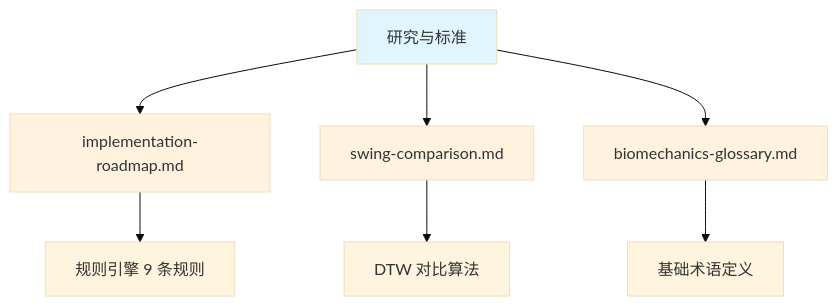
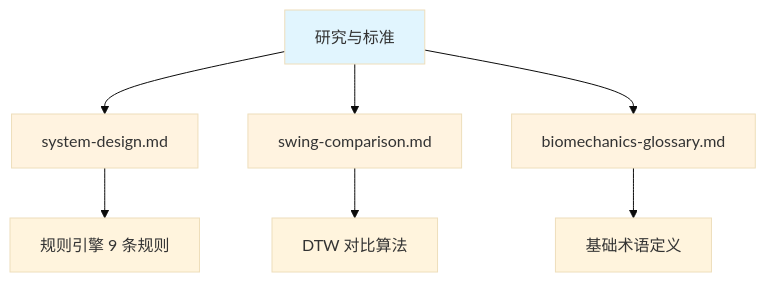
Before and after one commit to movement-chain-ai/movement-chain-docs: the diagram in docs/zh/design/research/index.md, drawn with Mermaid (base theme). The commit also changed other lines of this file and 7 other files, not shown here.

First line of the commit message:
docs(design): 重构 system-design.md 为文档 Hub

````diff
--- a/docs/zh/design/research/index.md
+++ b/docs/zh/design/research/index.md
@@ -78,15 +78,15 @@
 ```mermaid
 graph TD
-    A[研究与标准] --> B[implementation-roadmap.md]
+    A[研究与标准] --> B[system-design.md]
     A --> C[swing-comparison.md]
     A --> D[biomechanics-glossary.md]
 
     B --> E[规则引擎 9 条规则]
     C --> F[DTW 对比算法]
     D --> G[基础术语定义]
 
     style A fill:#e1f5fe
     style B fill:#fff3e0
     style C fill:#fff3e0
     style D fill:#fff3e0
 ```
````
